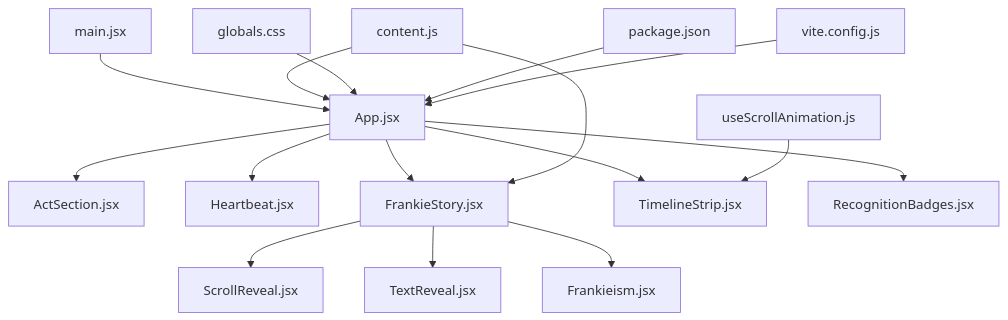
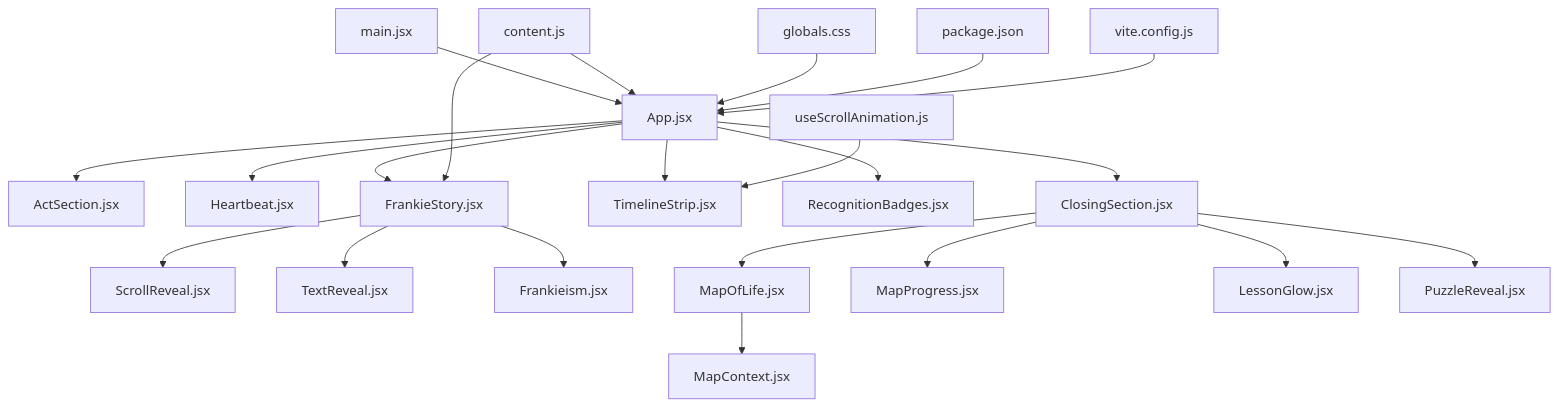
One commit to rakeshmaity271/frankie-picasso changed the first of 13 diagrams in .qoder/repowiki/en/content/Frontend Components/Enhanced Scrapbook Component.md. Above: the diagram before and after it, drawn with Mermaid. The commit also changed other lines of this file and 24 other files, not shown here.

````diff
--- a/.qoder/repowiki/en/content/Frontend Components/Enhanced Scrapbook Component.md
+++ b/.qoder/repowiki/en/content/Frontend Components/Enhanced Scrapbook Component.md
@@ -55,18 +61,24 @@
 ```mermaid
 graph TB
 A["main.jsx"] --> B["App.jsx"]
 B --> C["ActSection.jsx"]
 B --> D["Heartbeat.jsx"]
 B --> E["FrankieStory.jsx"]
 E --> F["ScrollReveal.jsx"]
 E --> G["TextReveal.jsx"]
 E --> H["Frankieism.jsx"]
 B --> I["TimelineStrip.jsx"]
 B --> J["RecognitionBadges.jsx"]
-K["content.js"] --> B
-K --> E
-L["globals.css"] --> B
-M["useScrollAnimation.js"] --> I
-N["package.json"] --> B
-O["vite.config.js"] --> B
+B --> K["ClosingSection.jsx"]
+K --> L["MapOfLife.jsx"]
+K --> M["MapProgress.jsx"]
+K --> N["LessonGlow.jsx"]
+K --> O["PuzzleReveal.jsx"]
+L --> P["MapContext.jsx"]
+Q["content.js"] --> B
+Q --> E
+R["globals.css"] --> B
+S["useScrollAnimation.js"] --> I
+T["package.json"] --> B
+U["vite.config.js"] --> B
 ```
````
